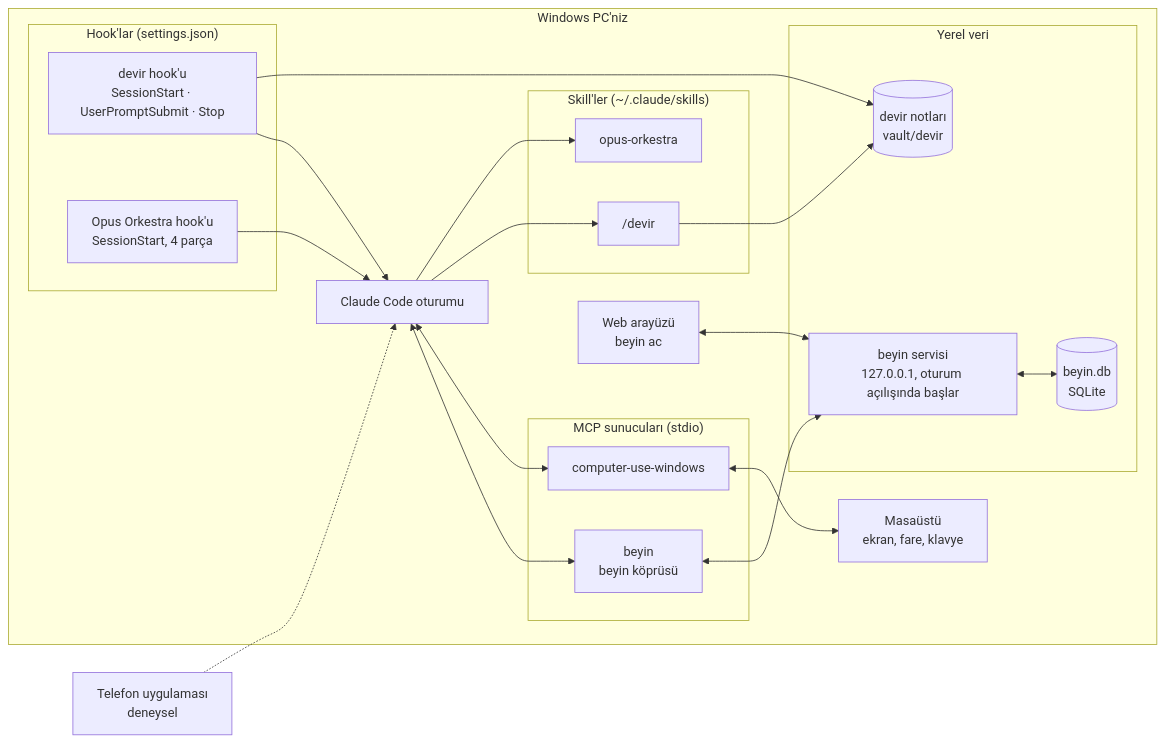
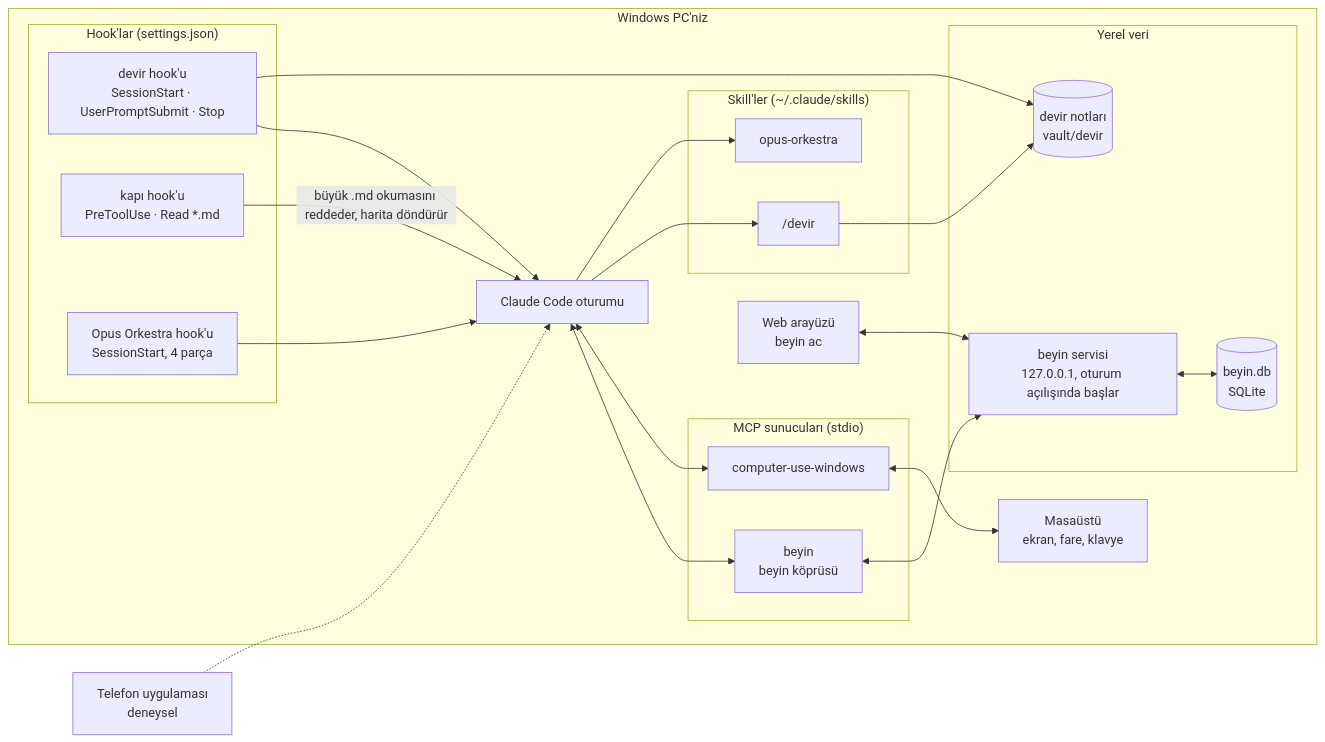
Before and after one commit to SelmanBoray/eren-kit: the diagram in README.tr.md, drawn with Mermaid. The commit also changed other lines of this file and 11 other files, not shown here.

````diff
--- a/README.tr.md
+++ b/README.tr.md
@@ -53,46 +54,48 @@
 ```mermaid
 flowchart LR
     subgraph PC["Windows PC'niz"]
         CC["Claude Code oturumu"]
 
         subgraph MCP["MCP sunucuları (stdio)"]
             BMCP["beyin<br/>beyin köprüsü"]
             CUW["computer-use-windows"]
         end
 
         subgraph HOOKS["Hook'lar (settings.json)"]
             HD["devir hook'u<br/>SessionStart · UserPromptSubmit · Stop"]
+            HK["kapı hook'u<br/>PreToolUse · Read *.md"]
             HO["Opus Orkestra hook'u<br/>SessionStart, 4 parça"]
         end
 
         subgraph SKILLS["Skill'ler (~/.claude/skills)"]
             SD["/devir"]
             SO["opus-orkestra"]
         end
 
         subgraph DATA["Yerel veri"]
             SVC["beyin servisi<br/>127.0.0.1, oturum açılışında başlar"]
             DB[("beyin.db<br/>SQLite")]
             NOTES[("devir notları<br/>vault/devir")]
         end
 
         WEB["Web arayüzü<br/>beyin ac"]
         DESK["Masaüstü<br/>ekran, fare, klavye"]
     end
 
     PHONE["Telefon uygulaması<br/>deneysel"]
 
     CC <--> BMCP
     CC <--> CUW
     HD --> CC
     HO --> CC
+    HK -->|"büyük .md okumasını reddeder, harita döndürür"| CC
     CC --> SD
     CC --> SO
     BMCP <--> SVC
     SVC <--> DB
     WEB <--> SVC
     HD --> NOTES
     SD --> NOTES
     CUW <--> DESK
     PHONE -.-> CC
 ```
````
